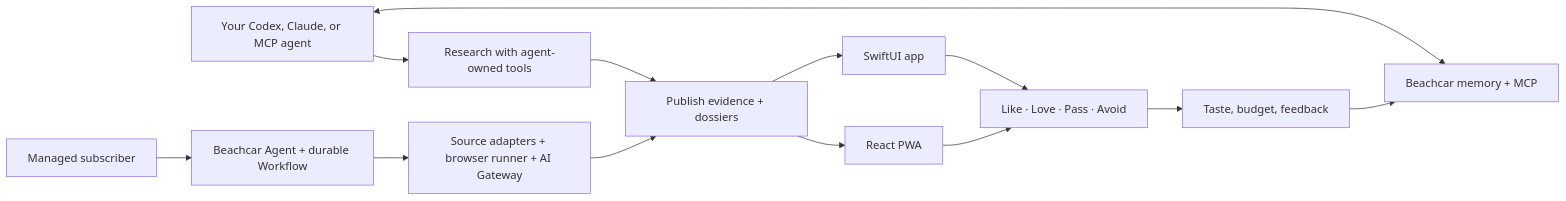
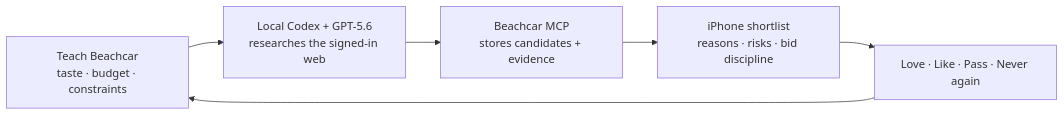
One commit to joncooper/beachcar changed the first of 2 diagrams in README.md. Above: the diagram before and after it, drawn with Mermaid. The commit also changed other lines of this file and 5 other files, not shown here.

````diff
--- a/README.md
+++ b/README.md
@@ -62,15 +29,8 @@
 ```mermaid
 flowchart LR
-    A["Taste, budget, feedback"] --> M["Beachcar memory + MCP"]
-    X["Your Codex, Claude, or MCP agent"] <--> M
-    X --> R["Research with agent-owned tools"]
-    S["Managed subscriber"] --> B["Beachcar Agent + durable Workflow"]
-    B --> R2["Source adapters + browser runner + AI Gateway"]
-    R --> P["Publish evidence + dossiers"]
-    R2 --> P
-    P --> I["SwiftUI app"]
-    P --> J["React PWA"]
-    I --> L["Like · Love · Pass · Avoid"]
-    J --> L
-    L --> A
+    A["Teach Beachcar<br/>taste · budget · constraints"] --> B["Local Codex + GPT-5.6<br/>researches the signed-in web"]
+    B --> C["Beachcar MCP<br/>stores candidates + evidence"]
+    C --> D["iPhone shortlist<br/>reasons · risks · bid discipline"]
+    D --> E["Love · Like · Pass · Never again"]
+    E --> A
 ```
````
